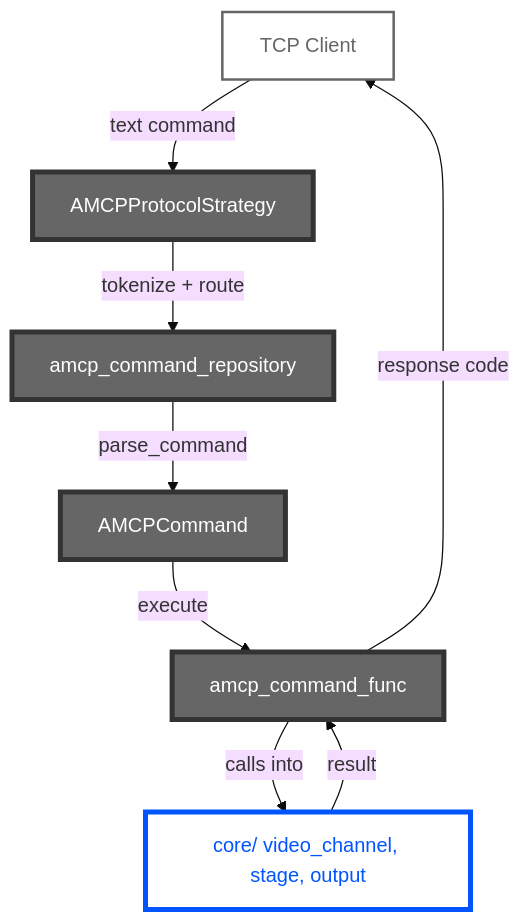
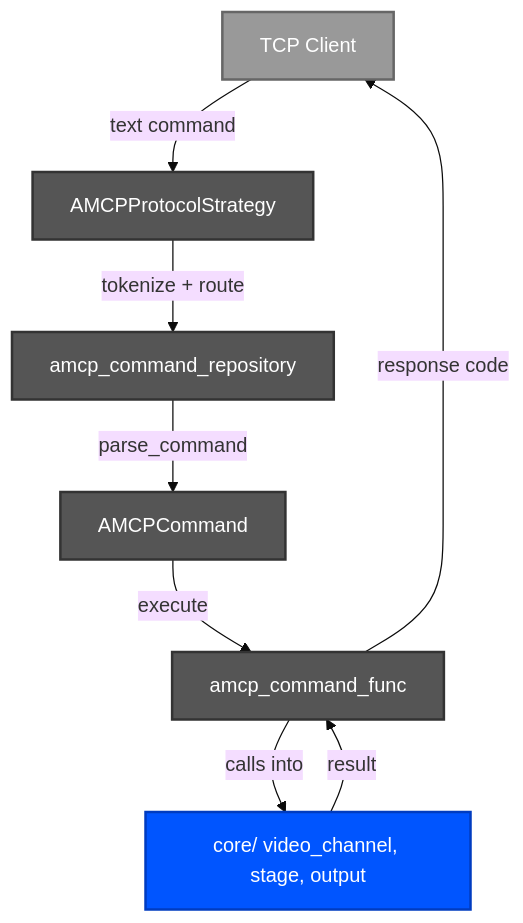
Before and after one commit to den-frie-vilje/casparCG: the fourth of 10 diagrams in docs/architecture.md, drawn with Mermaid (base theme). The commit also changed other lines of this file, not shown here.

Commit message:
docs: use solid fills in all diagrams

````diff
--- a/docs/architecture.md
+++ b/docs/architecture.md
@@ -256,15 +256,15 @@
 ```mermaid
 flowchart TD
-    classDef coreNode fill:#FFF,color:#0055FF,stroke:#0055FF,stroke-width:4px
-    classDef protoNode fill:#666,color:#FFF,stroke:#333,stroke-width:4px
-    classDef clientNode fill:#FFF,color:#666,stroke:#666,stroke-width:2px
+    classDef coreNode fill:#0055FF,color:#FFF,stroke:#003CC0,stroke-width:2px
+    classDef protoNode fill:#555,color:#FFF,stroke:#333,stroke-width:2px
+    classDef clientNode fill:#999,color:#FFF,stroke:#666,stroke-width:2px
 
     CLIENT[TCP Client]:::clientNode
     CLIENT -->|text command| STRAT[AMCPProtocolStrategy]:::protoNode
     STRAT -->|tokenize + route| REPO[amcp_command_repository]:::protoNode
     REPO -->|parse_command| CMD[AMCPCommand]:::protoNode
     CMD -->|execute| FUNC[amcp_command_func]:::protoNode
     FUNC -->|calls into| CORE[core/ video_channel, stage, output]:::coreNode
     CORE -->|result| FUNC
     FUNC -->|response code| CLIENT
 ```
````
